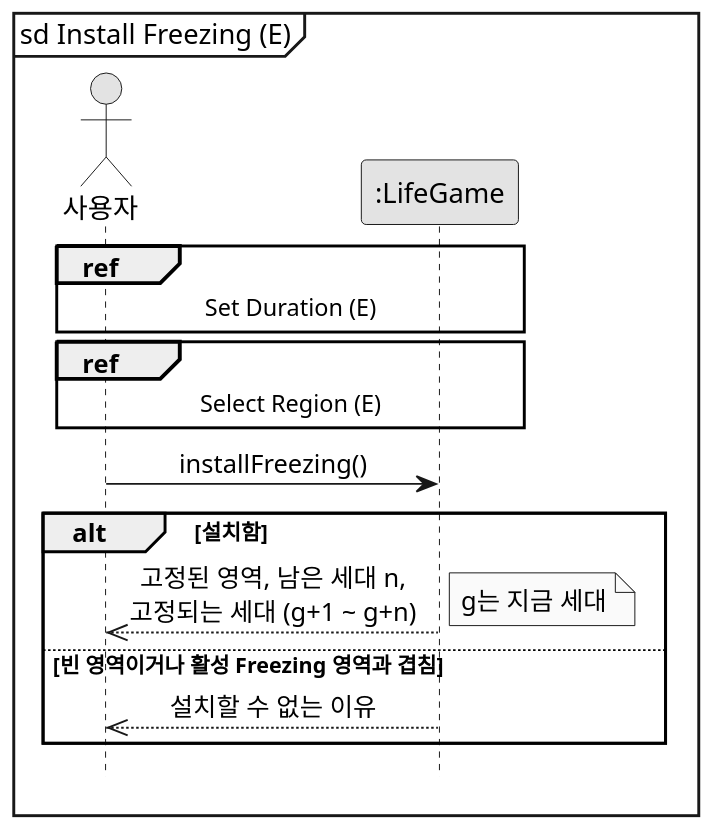
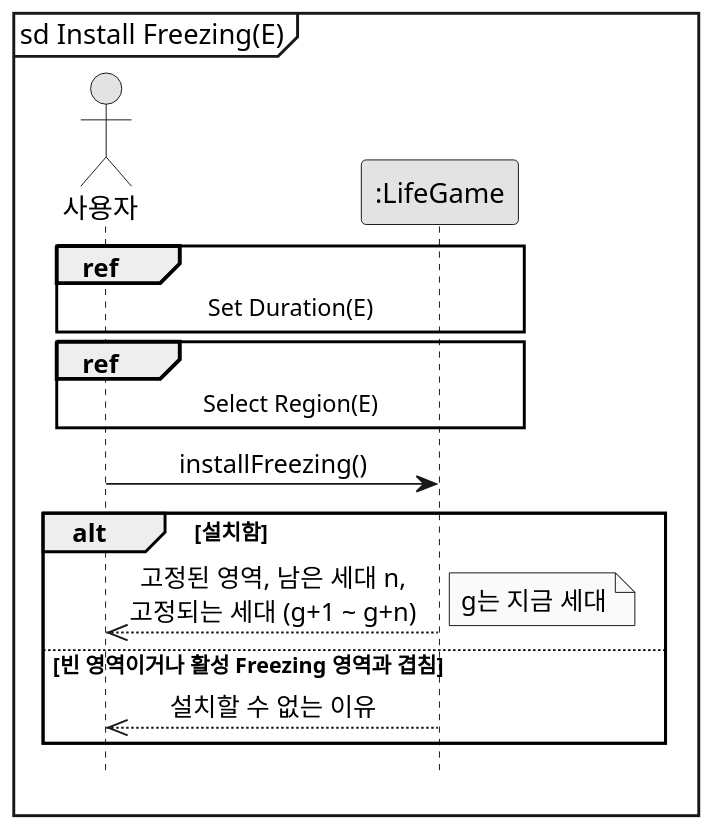
The diagram in docs/freezing/diagram/ssd-install.puml (mckimR1972/DP_team_project), drawn with PlantUML before and after one commit. The commit also changed 16 other files, not shown here.

First line of the commit message:
docs: 다이어그램 표기 통일안에 맞춤

```diff
--- a/docs/freezing/diagram/ssd-install.puml
+++ b/docs/freezing/diagram/ssd-install.puml
@@ -1,23 +1,23 @@
 @startuml ssd-install
 skinparam monochrome true
 skinparam dpi 150
 skinparam shadowing false
 skinparam defaultFontName "Malgun Gothic"
 skinparam sequenceMessageAlign center
 hide footbox
-mainframe sd Install Freezing (E)
+mainframe sd Install Freezing(E)
 
 actor "사용자" as User
 participant ":LifeGame" as System
 
-ref over User, System : Set Duration (E)
-ref over User, System : Select Region (E)
+ref over User, System : Set Duration(E)
+ref over User, System : Select Region(E)
 
 User -> System : installFreezing()
 alt 설치함
   System -->> User : 고정된 영역, 남은 세대 n,\n고정되는 세대 (g+1 ~ g+n)
   note right : g는 지금 세대
 else 빈 영역이거나 활성 Freezing 영역과 겹침
   System -->> User : 설치할 수 없는 이유
 end
 @enduml
```
